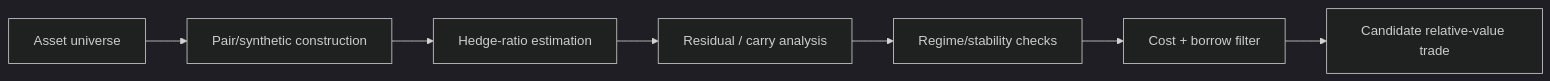
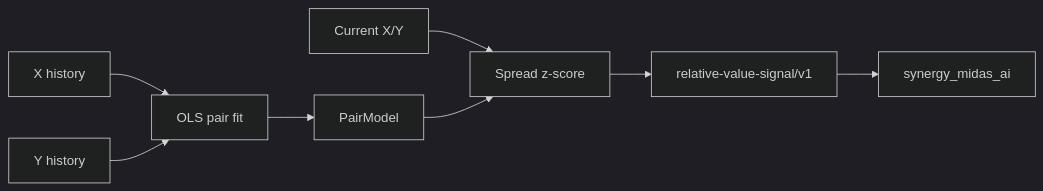
One commit to Shtenco/synergy_relative_value changed the diagram in README.md. Above: the diagram before and after it, drawn with Mermaid (dark theme). The commit also changed other lines of this file, not shown here.

````diff
--- a/README.md
+++ b/README.md
@@ -72,4 +89,10 @@
 ```mermaid
 flowchart LR
-    N0[Asset universe] --> N1[Pair/synthetic construction] --> N2[Hedge-ratio estimation] --> N3[Residual / carry analysis] --> N4[Regime/stability checks] --> N5[Cost + borrow filter] --> N6[Candidate relative-value trade]
+    X[X history] --> FIT[OLS pair fit]
+    Y[Y history] --> FIT
+    FIT --> PM[PairModel]
+    NOW[Current X/Y] --> Z[Spread z-score]
+    PM --> Z
+    Z --> C[relative-value-signal/v1]
+    C --> MIDAS[synergy_midas_ai]
 ```
````
